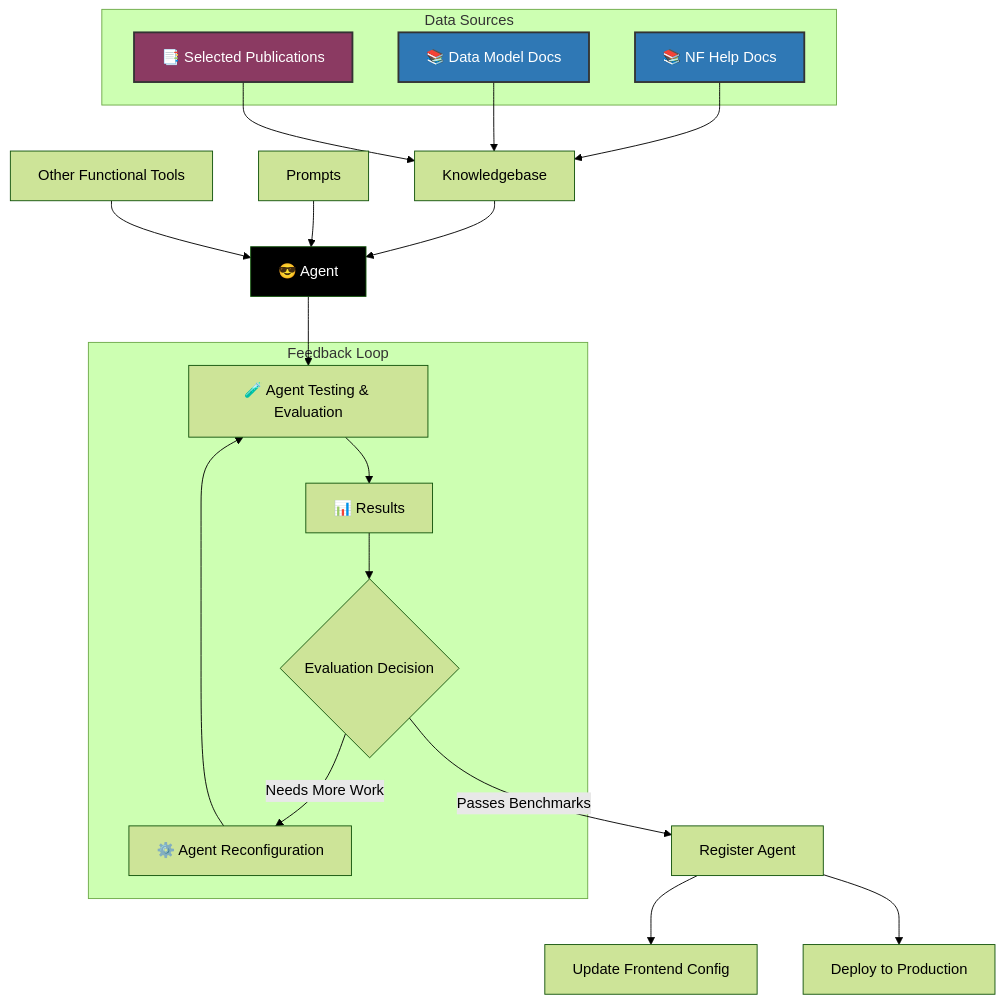
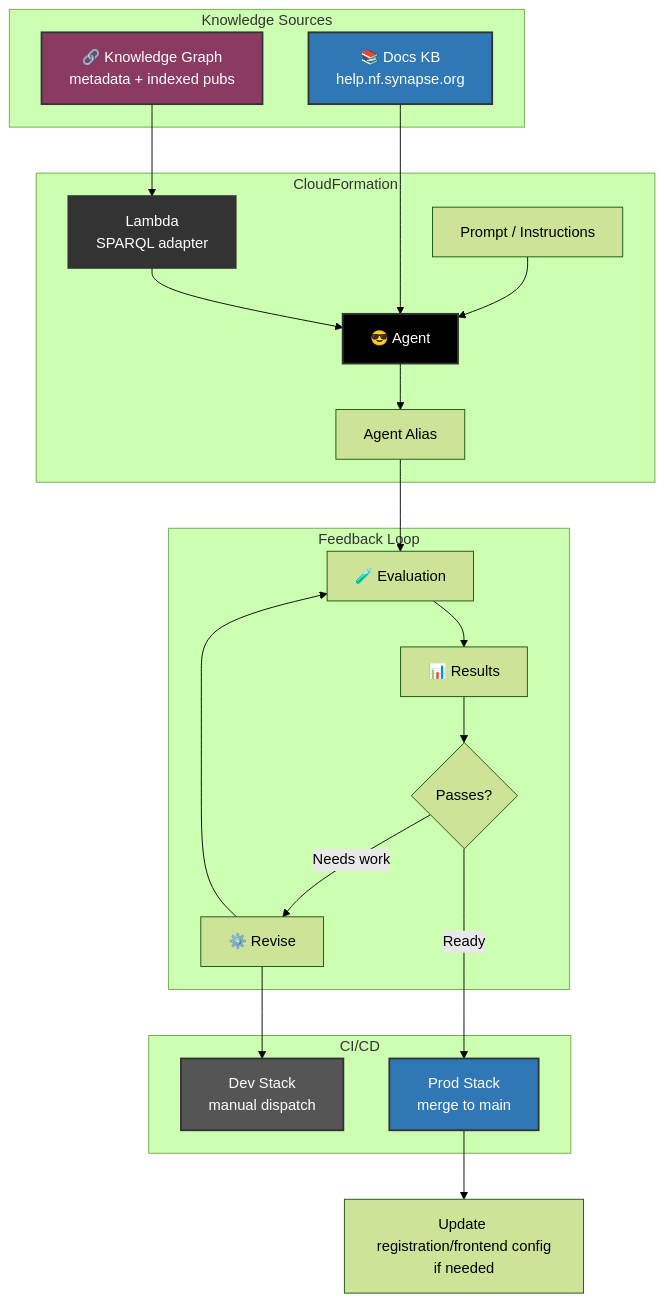
The diagram in docs/nf-portal-agent-workflow.md (nf-osi/portal-chatbot), drawn with Mermaid (forest theme) before and after one commit.

Commit message:
Update workflow diagram badly in need of update

````diff
--- a/docs/nf-portal-agent-workflow.md
+++ b/docs/nf-portal-agent-workflow.md
@@ -1,45 +1,45 @@
 ```mermaid
 graph TD
-    A[Knowledgebase] --> D[😎 Agent]
-    P[Prompts] --> D
-    L[Other Functional Tools] -->D
-    
-    D --> E[🧪 Agent Testing & Evaluation]
-    E --> R[📊 Results]
-    R --> G{Evaluation Decision}
-    G --> |Needs More Work| F[⚙️ Agent Reconfiguration]
-    F --> E
-    G --> |Passes Benchmarks| H[Register Agent]
-    
+    subgraph "Knowledge Sources"
+        KB[📚 Docs KB<br/>help.nf.synapse.org]
+        KG[🔗 Knowledge Graph<br/>metadata + indexed pubs<br/>]
+    end
+
+    subgraph "CloudFormation"
+        Instructions[Prompt / Instructions]
+        Lambda[Lambda<br/>SPARQL adapter]
+        Instructions --> Agent[😎 Agent]
+        Alias[Agent Alias]
+    end
+
+    KB --> Agent
+    KG --> Lambda --> Agent
+    Agent --> Alias
+
     subgraph "Feedback Loop"
-        E
-        R
-        G
-        F
+        Eval[🧪 Evaluation]
+        Results[📊 Results]
+        Decision{Passes?}
+        Reconfig[⚙️ Revise ]
     end
-    
-    subgraph "Data Sources"
-        I[📚 NF Help Docs]
-        J[📚 Data Model Docs]
-        K[📑 Selected Publications]
+
+    Alias --> Eval
+    Eval --> Results --> Decision
+    Decision --> |Needs work| Reconfig --> Eval
+
+    subgraph "CI/CD"
+        Dev[Dev Stack<br/>manual dispatch]
+        Prod[Prod Stack<br/>merge to main]
     end
-    
-    I --> A
-    J --> A
-    K --> A
-    
-    H --> I1[Update Frontend Config]
-    H --> I2[Deploy to Production]
 
-    style I fill:#2F78B5,stroke:#333,stroke-width:2px
-    style J fill:#2F78B5,stroke:#333,stroke-width:2px
-    style K fill:#8B3A62,stroke:#333,stroke-width:2px
+    Reconfig --> Dev
+    Decision --> |Ready| Prod
+    Prod --> Register[Update registration/frontend config<br/>if needed]
 
-    classDef webcrawler color:white,fill:#2F78B5,stroke:#333,stroke-width:2px;
-    classDef s3storage color:white,fill:#8B3A62,stroke:#333,stroke-width:2px;
-    classDef agent color:white,fill:black
-
-    class D agent;
-    class I,J webcrawler;
-    class K s3storage;
+    style KB fill:#2F78B5,stroke:#333,stroke-width:2px,color:white
+    style KG fill:#8B3A62,stroke:#333,stroke-width:2px,color:white
+    style Agent fill:black,stroke:#333,stroke-width:2px,color:white
+    style Lambda fill:#333,stroke:#333,stroke-width:2px,color:white
+    style Dev fill:#555,stroke:#333,stroke-width:2px,color:white
+    style Prod fill:#2F78B5,stroke:#333,stroke-width:2px,color:white
 ```
````
